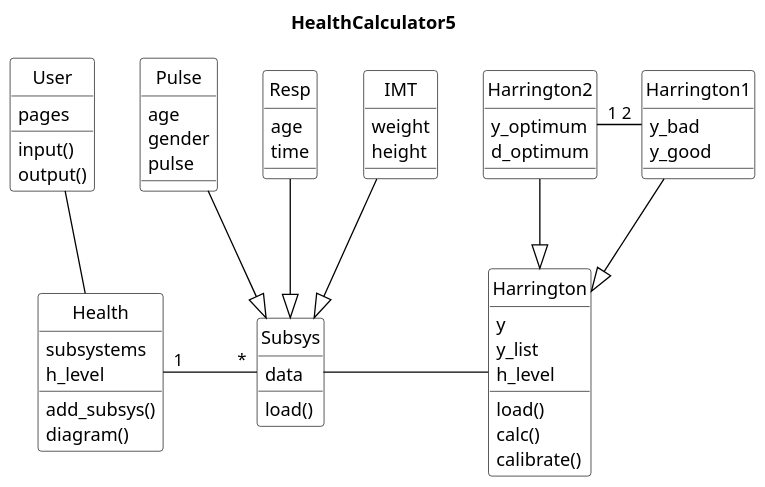
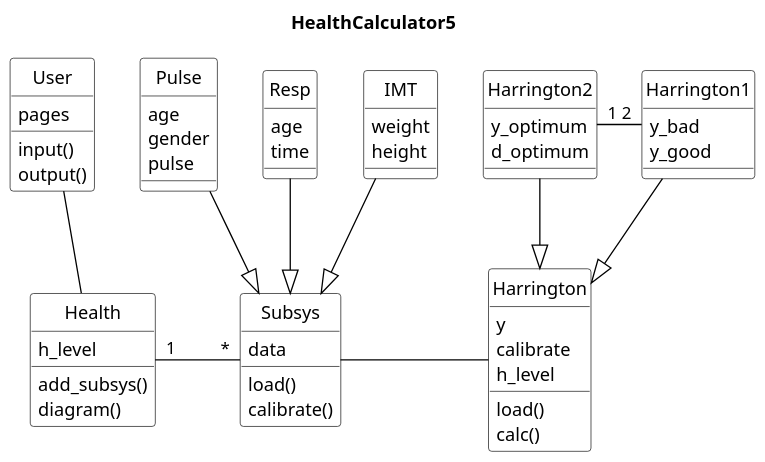
The diagram in uml_models/hc_classes.puml (LinaLopato/HealthCalculator5), drawn with PlantUML before and after one commit. The commit also changed 5 other files, not shown here.

```diff
--- a/uml_models/hc_classes.puml
+++ b/uml_models/hc_classes.puml
@@ -1,80 +1,78 @@
 @startuml
 title   HealthCalculator5
 
 
 
 skinparam class {
 BackgroundColor White
 ArrowColor Black
 BorderColor Black
 }
 skinparam object {
 BackgroundColor White
 ArrowColor Black
 BorderColor Black
 }
 scale 1.3
 skinparam DefaultTextAlignment left
 skinparam shadowing false
 skinparam packageStyle frame
 hide circle
 'hide members
 'skinparam monochrome true
 'note " lots in deal" as spread
 'package Storage {
 class Pulse{
 age
 gender
 pulse
 }
 class Resp{
 age
 time
 }
 class IMT{
 weight
 height
 }
 class Health{
-subsystems
 h_level
 add_subsys()
 diagram()
 }
 class Subsys{
 data
 load()
+calibrate()
 }
 class User{
 pages
 input()
 output()
 }
 class Harrington1{
 y_bad
 y_good
 }
 class Harrington2{
 y_optimum
 d_optimum
 }
 class Harrington{
 y
-y_list
+calibrate
 h_level
 load()
 calc()
-calibrate()
-
 }
 Harrington2 "1"-"2" Harrington1
 Pulse --|> Subsys
 IMT --|> Subsys
 Resp --|> Subsys
 User -- Health
 'Subsys <|-  Resp
 Health "1"-"*"  Subsys
 Harrington2 --|> Harrington
 Harrington1 --|> Harrington
 Subsys - Harrington
 @enduml
```
